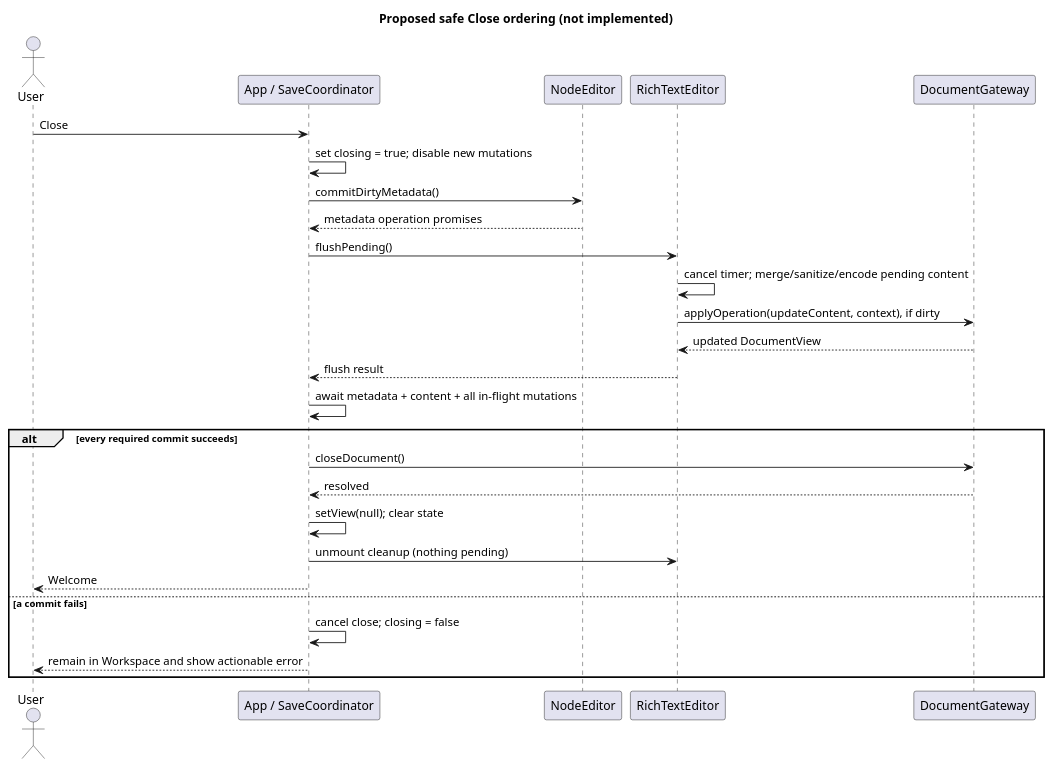
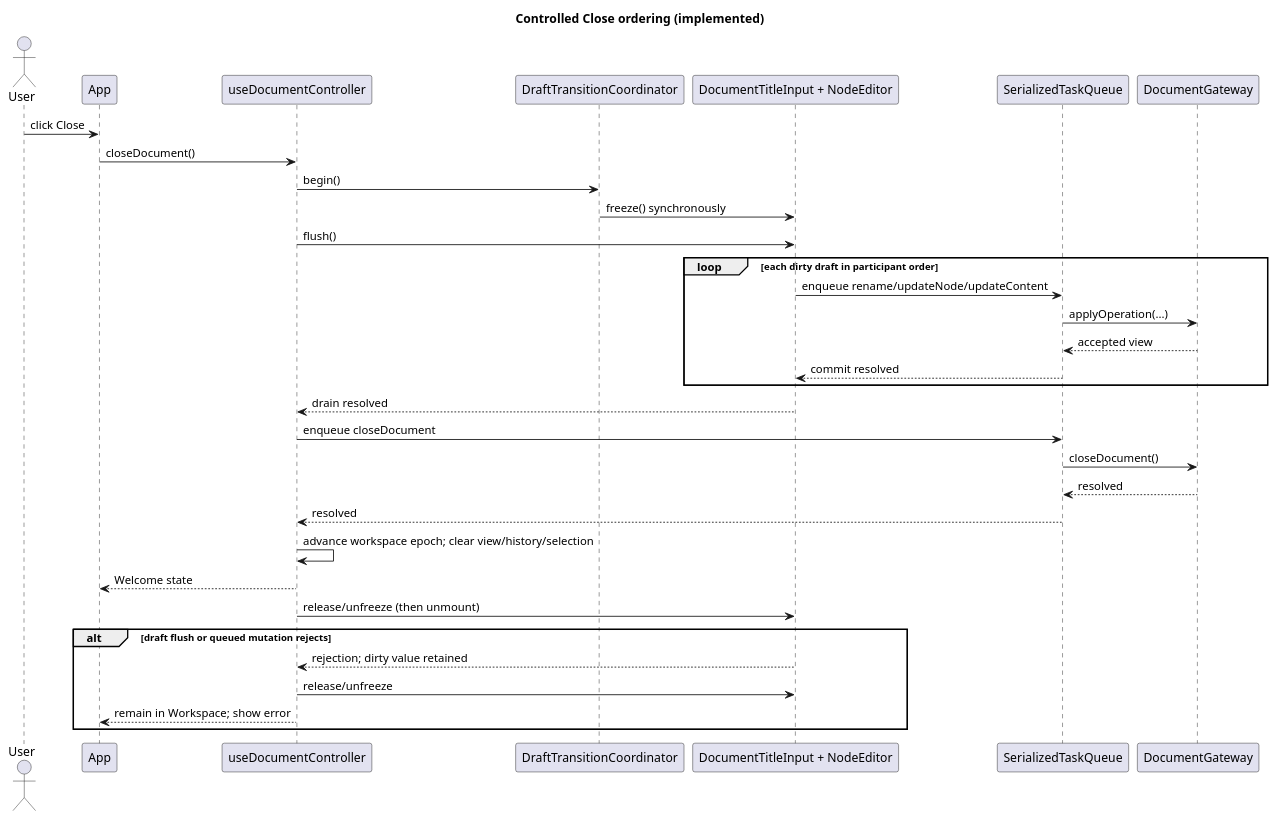
Diagram 11 of 13 in docs/SEQUENCE_DIAGRAMS.md (benoit-gl/coedit), drawn with PlantUML before and after one commit. The commit also changed other lines of this file and 44 other files, not shown here.

Commit message:
Architectural update (cleanup)

````diff
--- a/docs/SEQUENCE_DIAGRAMS.md
+++ b/docs/SEQUENCE_DIAGRAMS.md
@@ -623,32 +659,38 @@
 ```plantuml
 @startuml
-title Proposed safe Close ordering (not implemented)
+title Controlled Close ordering (implemented)
 actor User
-participant "App / SaveCoordinator" as App
-participant "NodeEditor" as Node
-participant "RichTextEditor" as Rich
-participant "DocumentGateway" as Gateway
+participant App
+participant useDocumentController as Controller
+participant DraftTransitionCoordinator as Drafts
+participant "DocumentTitleInput + NodeEditor" as Participants
+participant SerializedTaskQueue as Queue
+participant DocumentGateway as Gateway
 
-User -> App : Close
-App -> App : set closing = true; disable new mutations
-App -> Node : commitDirtyMetadata()
-Node --> App : metadata operation promises
-App -> Rich : flushPending()
-Rich -> Rich : cancel timer; merge/sanitize/encode pending content
-Rich -> Gateway : applyOperation(updateContent, context), if dirty
-Gateway --> Rich : updated DocumentView
-Rich --> App : flush result
-App -> App : await metadata + content + all in-flight mutations
+User -> App : click Close
+App -> Controller : closeDocument()
+Controller -> Drafts : begin()
+Drafts -> Participants : freeze() synchronously
+Controller -> Participants : flush()
+loop each dirty draft in participant order
+  Participants -> Queue : enqueue rename/updateNode/updateContent
+  Queue -> Gateway : applyOperation(...)
+  Gateway --> Queue : accepted view
+  Queue --> Participants : commit resolved
+end
+Participants --> Controller : drain resolved
+Controller -> Queue : enqueue closeDocument
+Queue -> Gateway : closeDocument()
+Gateway --> Queue : resolved
+Queue --> Controller : resolved
+Controller -> Controller : advance workspace epoch; clear view/history/selection
+Controller --> App : Welcome state
+Controller -> Participants : release/unfreeze (then unmount)
 
-alt every required commit succeeds
-  App -> Gateway : closeDocument()
-  Gateway --> App : resolved
-  App -> App : setView(null); clear state
-  App -> Rich : unmount cleanup (nothing pending)
-  App --> User : Welcome
-else a commit fails
-  App -> App : cancel close; closing = false
-  App --> User : remain in Workspace and show actionable error
+alt draft flush or queued mutation rejects
+  Participants --> Controller : rejection; dirty value retained
+  Controller -> Participants : release/unfreeze
+  Controller --> App : remain in Workspace; show error
 end
 @enduml
 ```
````
